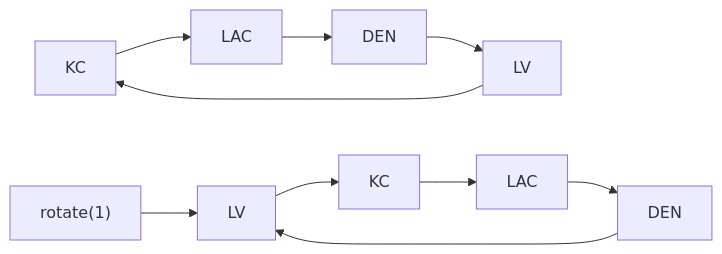
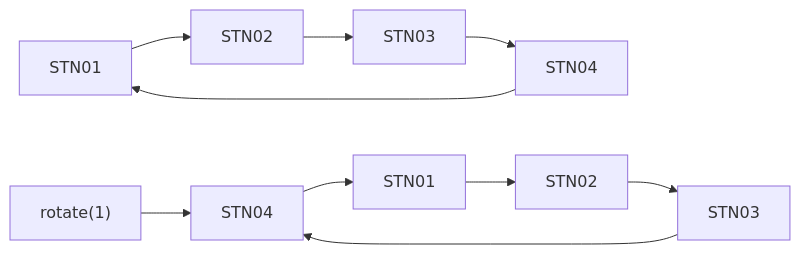
The seventh of 7 diagrams in docs/dsa/data-structures/dequeue-deque/index.md (qgjones9/python-programming-guide), drawn with Mermaid before and after one commit. The commit also changed other lines of this file and 29 other files, not shown here.

````diff
--- a/docs/dsa/data-structures/dequeue-deque/index.md
+++ b/docs/dsa/data-structures/dequeue-deque/index.md
@@ -695,7 +698,7 @@
 ```mermaid
 flowchart LR
-  A["KC"] --> B["LAC"] --> C["DEN"] --> D["LV"]
+  A["STN01"] --> B["STN02"] --> C["STN03"] --> D["STN04"]
   D --> A
-  rotate1["rotate(1)"] --> A2["LV"] --> B2["KC"] --> C2["LAC"] --> D2["DEN"]
+  rotate1["rotate(1)"] --> A2["STN04"] --> B2["STN01"] --> C2["STN02"] --> D2["STN03"]
   D2 --> A2
 ```
````
